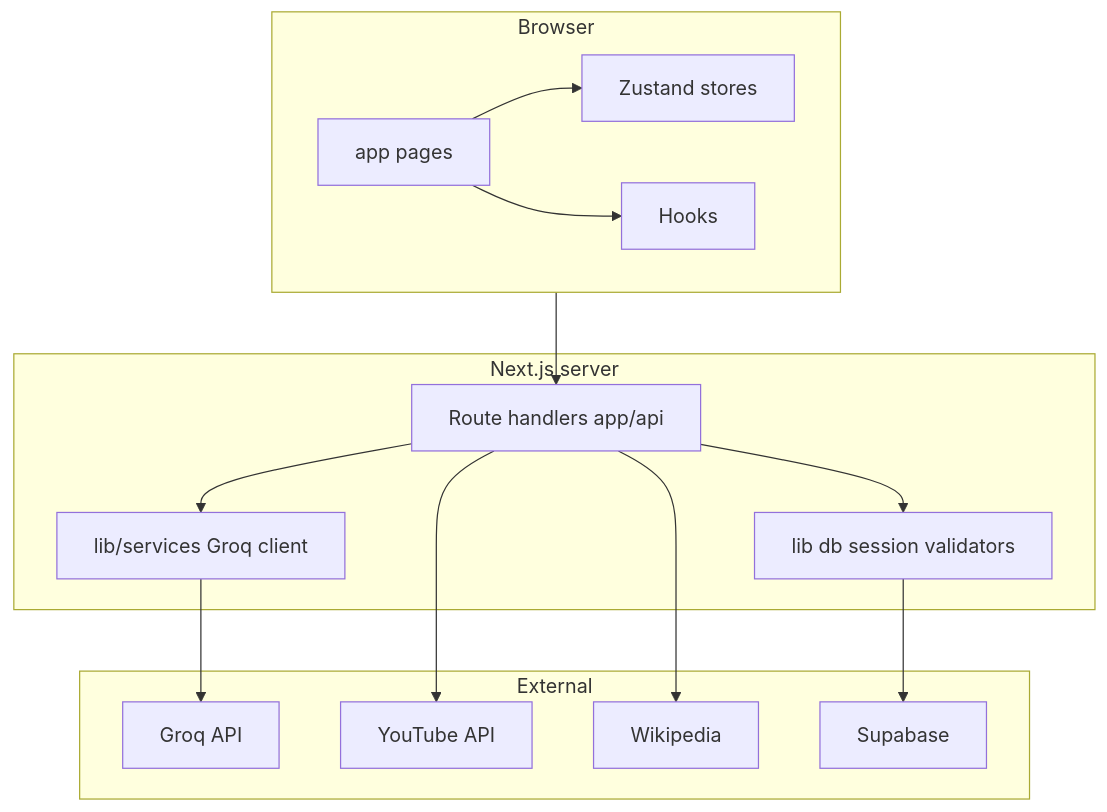
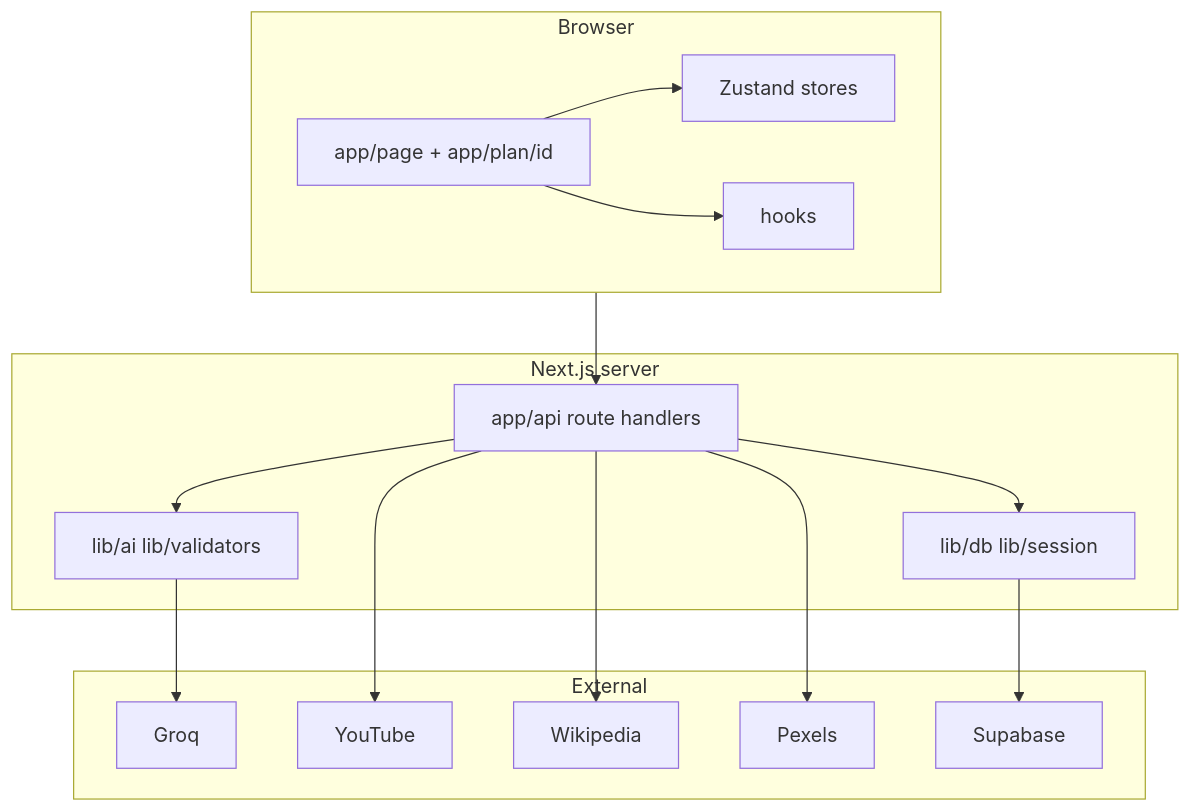
Before and after one commit to Karan9M/knack: the diagram in README.md, drawn with Mermaid. The commit also changed other lines of this file, not shown here.

First line of the commit message:
Enhance README with detailed app description and setup

````diff
--- a/README.md
+++ b/README.md
@@ -21,28 +25,30 @@
 ```mermaid
 flowchart TB
   subgraph client [Browser]
-    pages[app pages]
+    pages[app/page + app/plan/id]
     store[Zustand stores]
-    hooks[Hooks]
+    hooks[hooks]
     pages --> store
     pages --> hooks
   end
   subgraph next [Next.js server]
-    api[Route handlers app/api]
-    services[lib/services Groq client]
-    lib[lib db session validators]
-    api --> services
-    api --> lib
+    api[app/api route handlers]
+    ai[lib/ai lib/validators]
+    db[lib/db lib/session]
+    api --> ai
+    api --> db
   end
   subgraph external [External]
-    groq[Groq API]
-    yt[YouTube API]
+    groq[Groq]
+    yt[YouTube]
     wiki[Wikipedia]
+    px[Pexels]
     sb[Supabase]
   end
   client --> api
-  services --> groq
-  lib --> sb
+  ai --> groq
   api --> yt
   api --> wiki
+  api --> px
+  db --> sb
 ```
````
